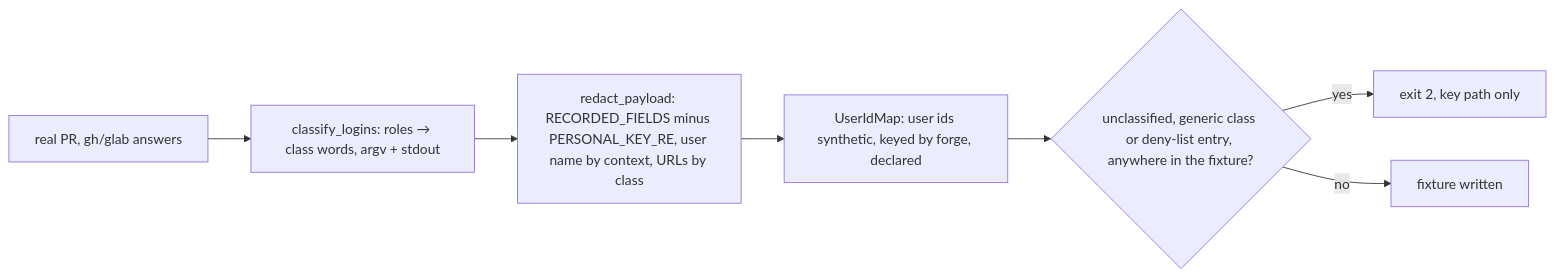
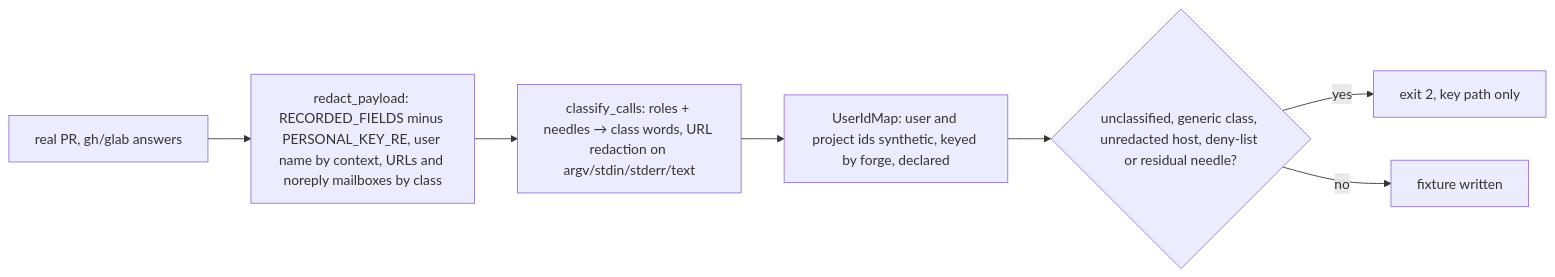
Before and after one commit to repoachhq/repoach: the diagram in docs/specs/2026-11-18_SP-RECORDER-REDACTS-BY-CLASS_the-forge-recorder-writes-class-words-and-drops-names-at-record-time.md, drawn with Mermaid. The commit also changed other lines of this file, not shown here.

````diff
--- a/docs/specs/2026-11-18_SP-RECORDER-REDACTS-BY-CLASS_the-forge-recorder-writes-class-words-and-drops-names-at-record-time.md
+++ b/docs/specs/2026-11-18_SP-RECORDER-REDACTS-BY-CLASS_the-forge-recorder-writes-class-words-and-drops-names-at-record-time.md
@@ -951,9 +1065,9 @@
 ```mermaid
 flowchart LR
-    P[real PR, gh/glab answers] --> C[classify_logins: roles → class words, argv + stdout]
-    C --> R[redact_payload: RECORDED_FIELDS minus PERSONAL_KEY_RE, user name by context, URLs by class]
-    R --> U[UserIdMap: user ids synthetic, keyed by forge, declared]
-    U --> G{unclassified, generic class or deny-list entry, anywhere in the fixture?}
+    P[real PR, gh/glab answers] --> R[redact_payload: RECORDED_FIELDS minus PERSONAL_KEY_RE, user name by context, URLs and noreply mailboxes by class]
+    R --> C[classify_calls: roles + needles → class words, URL redaction on argv/stdin/stderr/text]
+    C --> U[UserIdMap: user and project ids synthetic, keyed by forge, declared]
+    U --> G{unclassified, generic class, unredacted host, deny-list or residual needle?}
     G -- yes --> E[exit 2, key path only]
     G -- no --> F[fixture written]
 ```
````
